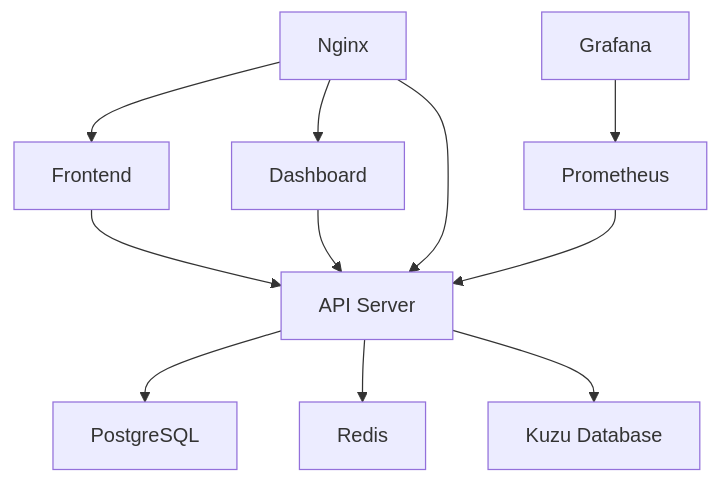
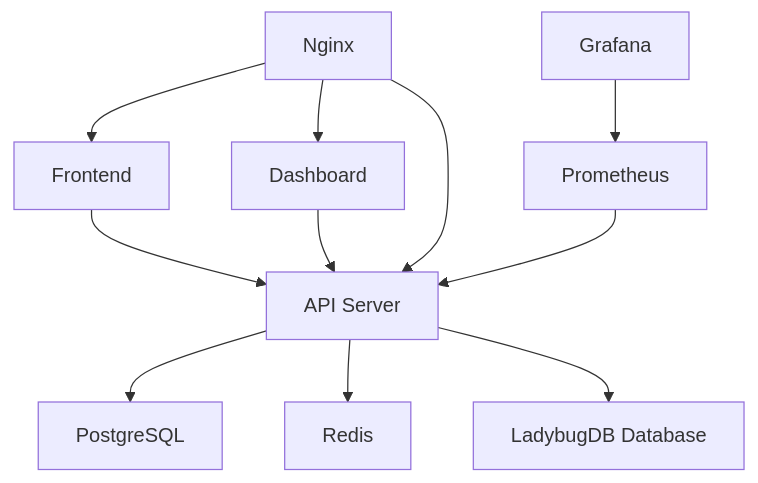
The diagram in docs/deployment/DOCKER_DEPLOYMENT_GUIDE.md (elementalcollision/GraphMemory-IDE), drawn with Mermaid before and after one commit. The commit also changed other lines of this file and 120 other files, not shown here.

First line of the commit message:
Kuzu → LadybugDB migration (Phases 0–9 + follow-up) (#4)

````diff
--- a/docs/deployment/DOCKER_DEPLOYMENT_GUIDE.md
+++ b/docs/deployment/DOCKER_DEPLOYMENT_GUIDE.md
@@ -131,13 +131,13 @@
 ```mermaid
 graph TD
     A[Frontend] --> B[API Server]
     C[Dashboard] --> B
     B --> D[PostgreSQL]
     B --> E[Redis]
-    B --> F[Kuzu Database]
+    B --> F[LadybugDB Database]
     G[Nginx] --> A
     G --> B
     G --> C
     H[Prometheus] --> B
     I[Grafana] --> H
 ```
````
